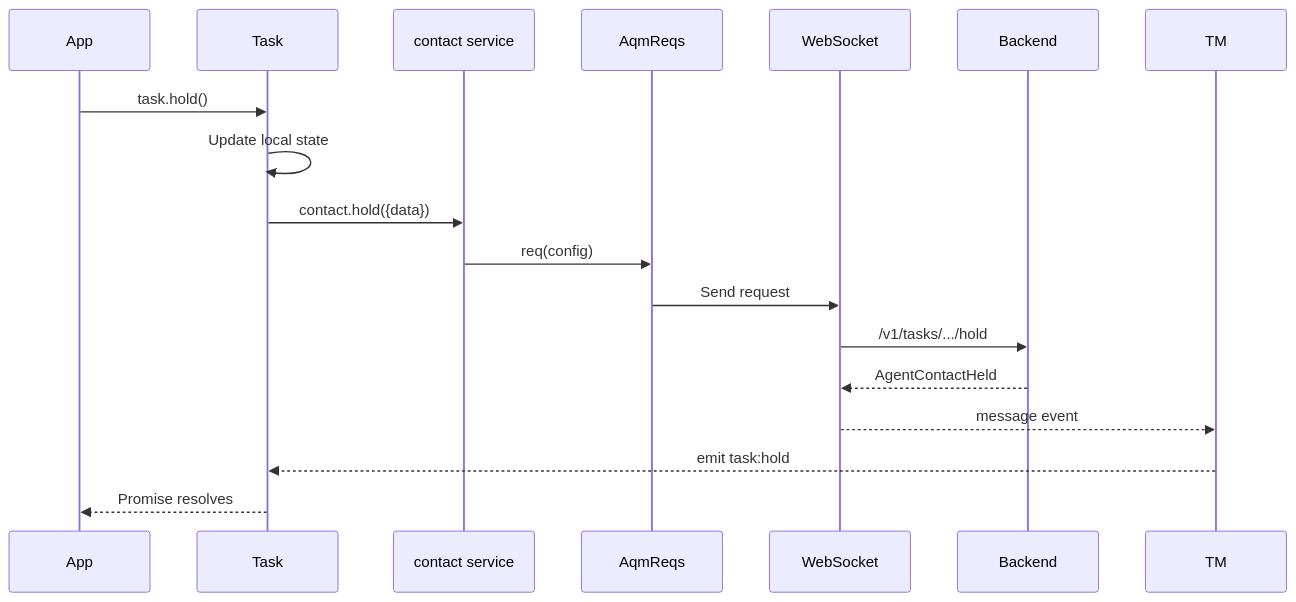
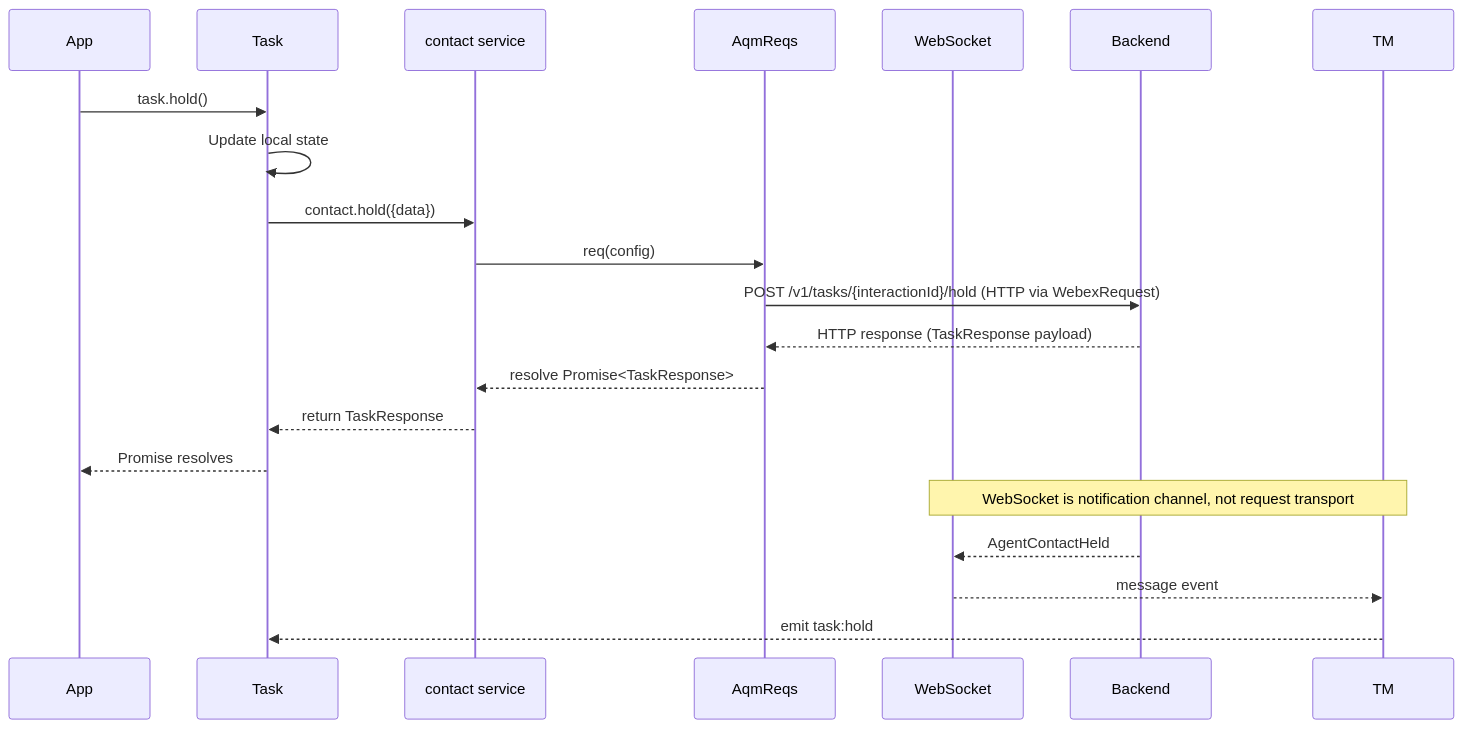
Before and after one commit to webex/webex-js-sdk: the third of 4 diagrams in packages/@webex/contact-center/src/services/task/ai-docs/ARCHITECTURE.md, drawn with Mermaid. The commit also changed other lines of this file, not shown here.

Commit message:
docs(contact-center): review comment

````diff
--- a/packages/@webex/contact-center/src/services/task/ai-docs/ARCHITECTURE.md
+++ b/packages/@webex/contact-center/src/services/task/ai-docs/ARCHITECTURE.md
@@ -331,20 +331,23 @@
 ```mermaid
 sequenceDiagram
     participant App
     participant T as Task
     participant C as contact service
     participant AQM as AqmReqs
     participant WS as WebSocket
     participant BE as Backend
 
     App->>T: task.hold()
     T->>T: Update local state
     T->>C: contact.hold({data})
     C->>AQM: req(config)
-    AQM->>WS: Send request
-    WS->>BE: /v1/tasks/.../hold
+    AQM->>BE: POST /v1/tasks/{interactionId}/hold (HTTP via WebexRequest)
+    BE-->>AQM: HTTP response (TaskResponse payload)
+    AQM-->>C: resolve Promise<TaskResponse>
+    C-->>T: return TaskResponse
+    T-->>App: Promise resolves
+    Note over WS,TM: WebSocket is notification channel, not request transport
     BE-->>WS: AgentContactHeld
     WS-->>TM: message event
     TM-->>T: emit task:hold
-    T-->>App: Promise resolves
 ```
````
